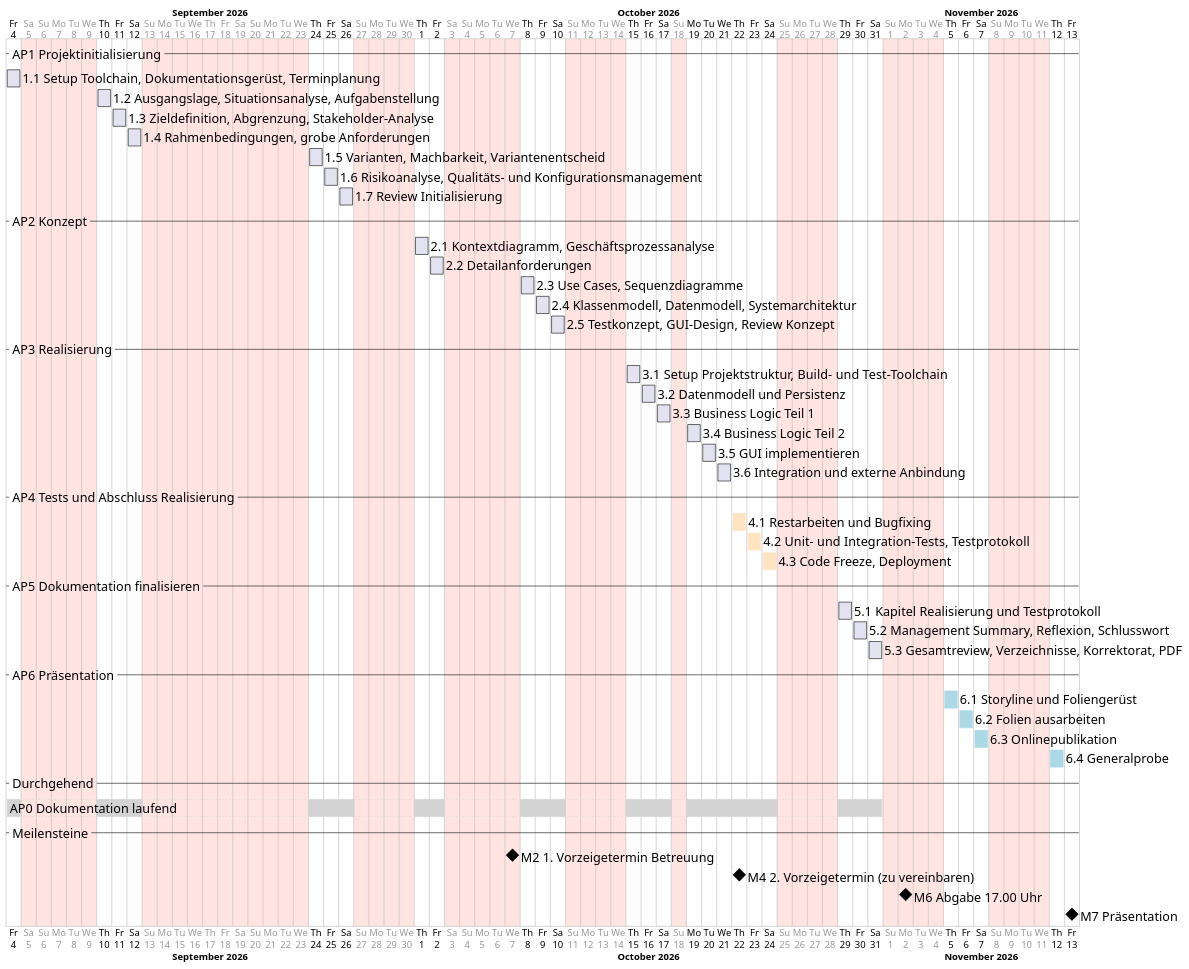
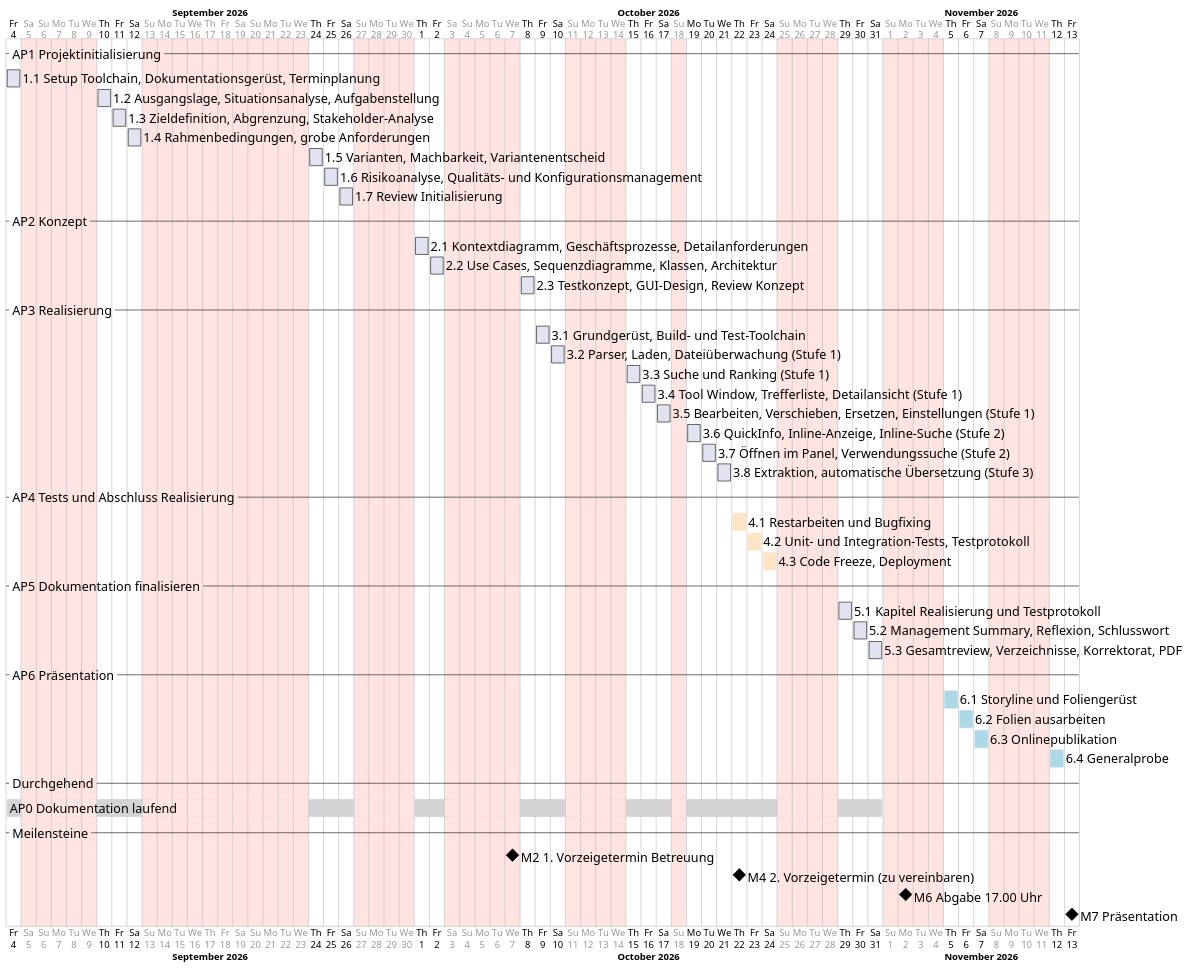
One commit to Adyrem/diploma-label-localization changed the diagram in documentation/diagrams/Terminplan_Soll.puml. Above: the diagram before and after it, drawn with PlantUML. The commit also changed 9 other files, not shown here.

Commit message:
Review der Initialisierung eingearbeitet und Terminplan überarbeitet

```diff
--- a/documentation/diagrams/Terminplan_Soll.puml
+++ b/documentation/diagrams/Terminplan_Soll.puml
@@ -1,86 +1,86 @@
 @startgantt
 ' Soll-Terminplan Diplomarbeit, Detailplanung auf Tagesebene
 ' Arbeitstage Do/Fr/Sa, Mo-Mi Erwerbstätigkeit, So blockiert
 ' Rendern: plantuml -tpng -charset UTF-8 Terminplan_Soll.puml
 
 <style>
 ganttDiagram {
   task { FontSize 20 }
   milestone { FontSize 20 }
   separator { FontSize 20 }
   timeline { FontSize 15 }
   closed { BackGroundColor MistyRose }
 }
 </style>
 
 projectscale daily zoom 1
 project starts 2026-09-04
 
 monday are closed
 tuesday are closed
 wednesday are closed
 sunday are closed
 
 2026-09-05 to 2026-09-06 are closed
 2026-09-17 to 2026-09-20 are closed
 2026-10-03 to 2026-10-04 are closed
 2026-10-19 to 2026-10-21 are open
 
 -- AP1 Projektinitialisierung --
 [1.1 Setup Toolchain, Dokumentationsgerüst, Terminplanung] as [T11] starts 2026-09-04 and requires 1 day
 [1.2 Ausgangslage, Situationsanalyse, Aufgabenstellung] as [T12] starts 2026-09-10 and requires 1 day
 [1.3 Zieldefinition, Abgrenzung, Stakeholder-Analyse] as [T13] starts 2026-09-11 and requires 1 day
 [1.4 Rahmenbedingungen, grobe Anforderungen] as [T14] starts 2026-09-12 and requires 1 day
 [1.5 Varianten, Machbarkeit, Variantenentscheid] as [T15] starts 2026-09-24 and requires 1 day
 [1.6 Risikoanalyse, Qualitäts- und Konfigurationsmanagement] as [T16] starts 2026-09-25 and requires 1 day
 [1.7 Review Initialisierung] as [T17] starts 2026-09-26 and requires 1 day
 
 -- AP2 Konzept --
-[2.1 Kontextdiagramm, Geschäftsprozessanalyse] as [T21] starts 2026-10-01 and requires 1 day
-[2.2 Detailanforderungen] as [T22] starts 2026-10-02 and requires 1 day
-[2.3 Use Cases, Sequenzdiagramme] as [T23] starts 2026-10-08 and requires 1 day
-[2.4 Klassenmodell, Datenmodell, Systemarchitektur] as [T24] starts 2026-10-09 and requires 1 day
-[2.5 Testkonzept, GUI-Design, Review Konzept] as [T25] starts 2026-10-10 and requires 1 day
+[2.1 Kontextdiagramm, Geschäftsprozesse, Detailanforderungen] as [T21] starts 2026-10-01 and requires 1 day
+[2.2 Use Cases, Sequenzdiagramme, Klassen, Architektur] as [T22] starts 2026-10-02 and requires 1 day
+[2.3 Testkonzept, GUI-Design, Review Konzept] as [T23] starts 2026-10-08 and requires 1 day
 
 -- AP3 Realisierung --
-[3.1 Setup Projektstruktur, Build- und Test-Toolchain] as [T31] starts 2026-10-15 and requires 1 day
-[3.2 Datenmodell und Persistenz] as [T32] starts 2026-10-16 and requires 1 day
-[3.3 Business Logic Teil 1] as [T33] starts 2026-10-17 and requires 1 day
-[3.4 Business Logic Teil 2] as [T34] starts 2026-10-19 and requires 1 day
-[3.5 GUI implementieren] as [T35] starts 2026-10-20 and requires 1 day
-[3.6 Integration und externe Anbindung] as [T36] starts 2026-10-21 and requires 1 day
+[3.1 Grundgerüst, Build- und Test-Toolchain] as [T31] starts 2026-10-09 and requires 1 day
+[3.2 Parser, Laden, Dateiüberwachung (Stufe 1)] as [T32] starts 2026-10-10 and requires 1 day
+[3.3 Suche und Ranking (Stufe 1)] as [T33] starts 2026-10-15 and requires 1 day
+[3.4 Tool Window, Trefferliste, Detailansicht (Stufe 1)] as [T34] starts 2026-10-16 and requires 1 day
+[3.5 Bearbeiten, Verschieben, Ersetzen, Einstellungen (Stufe 1)] as [T35] starts 2026-10-17 and requires 1 day
+[3.6 QuickInfo, Inline-Anzeige, Inline-Suche (Stufe 2)] as [T36] starts 2026-10-19 and requires 1 day
+[3.7 Öffnen im Panel, Verwendungssuche (Stufe 2)] as [T37] starts 2026-10-20 and requires 1 day
+[3.8 Extraktion, automatische Übersetzung (Stufe 3)] as [T38] starts 2026-10-21 and requires 1 day
 
 -- AP4 Tests und Abschluss Realisierung --
 [4.1 Restarbeiten und Bugfixing] as [T41] starts 2026-10-22 and requires 1 day
 [4.2 Unit- und Integration-Tests, Testprotokoll] as [T42] starts 2026-10-23 and requires 1 day
 [4.3 Code Freeze, Deployment] as [T43] starts 2026-10-24 and requires 1 day
 
 -- AP5 Dokumentation finalisieren --
 [5.1 Kapitel Realisierung und Testprotokoll] as [T51] starts 2026-10-29 and requires 1 day
 [5.2 Management Summary, Reflexion, Schlusswort] as [T52] starts 2026-10-30 and requires 1 day
 [5.3 Gesamtreview, Verzeichnisse, Korrektorat, PDF] as [T53] starts 2026-10-31 and requires 1 day
 
 -- AP6 Präsentation --
 [6.1 Storyline und Foliengerüst] as [T61] starts 2026-11-05 and requires 1 day
 [6.2 Folien ausarbeiten] as [T62] starts 2026-11-06 and requires 1 day
 [6.3 Onlinepublikation] as [T63] starts 2026-11-07 and requires 1 day
 [6.4 Generalprobe] as [T64] starts 2026-11-12 and requires 1 day
 
 -- Durchgehend --
 [AP0 Dokumentation laufend] as [T00] starts 2026-09-04 and ends 2026-10-31
 
 -- Meilensteine --
 [M2 1. Vorzeigetermin Betreuung] happens 2026-10-07
 [M4 2. Vorzeigetermin (zu vereinbaren)] happens 2026-10-22
 [M6 Abgabe 17.00 Uhr] happens 2026-11-02
 [M7 Präsentation] happens 2026-11-13
 
 [T00] is colored in LightGray
 [T41] is colored in Bisque
 [T42] is colored in Bisque
 [T43] is colored in Bisque
 [T61] is colored in LightBlue
 [T62] is colored in LightBlue
 [T63] is colored in LightBlue
 [T64] is colored in LightBlue
 @endgantt
```
